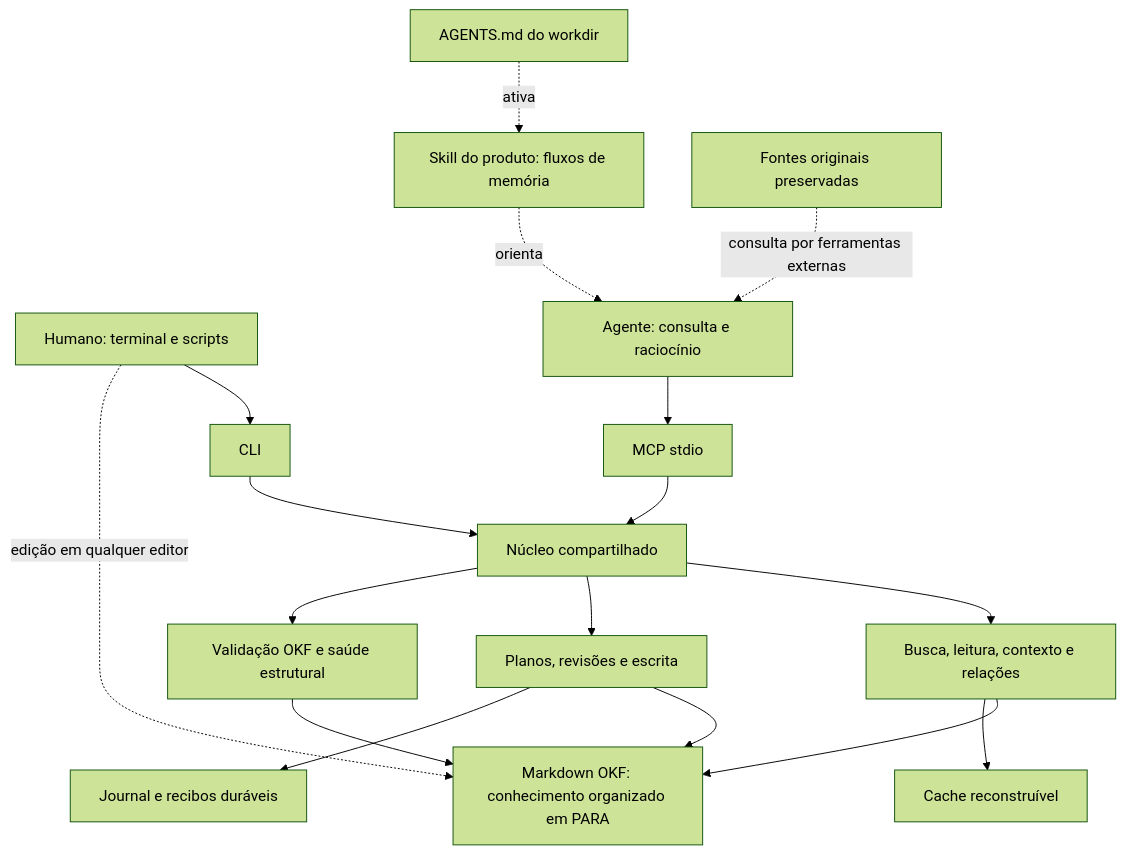
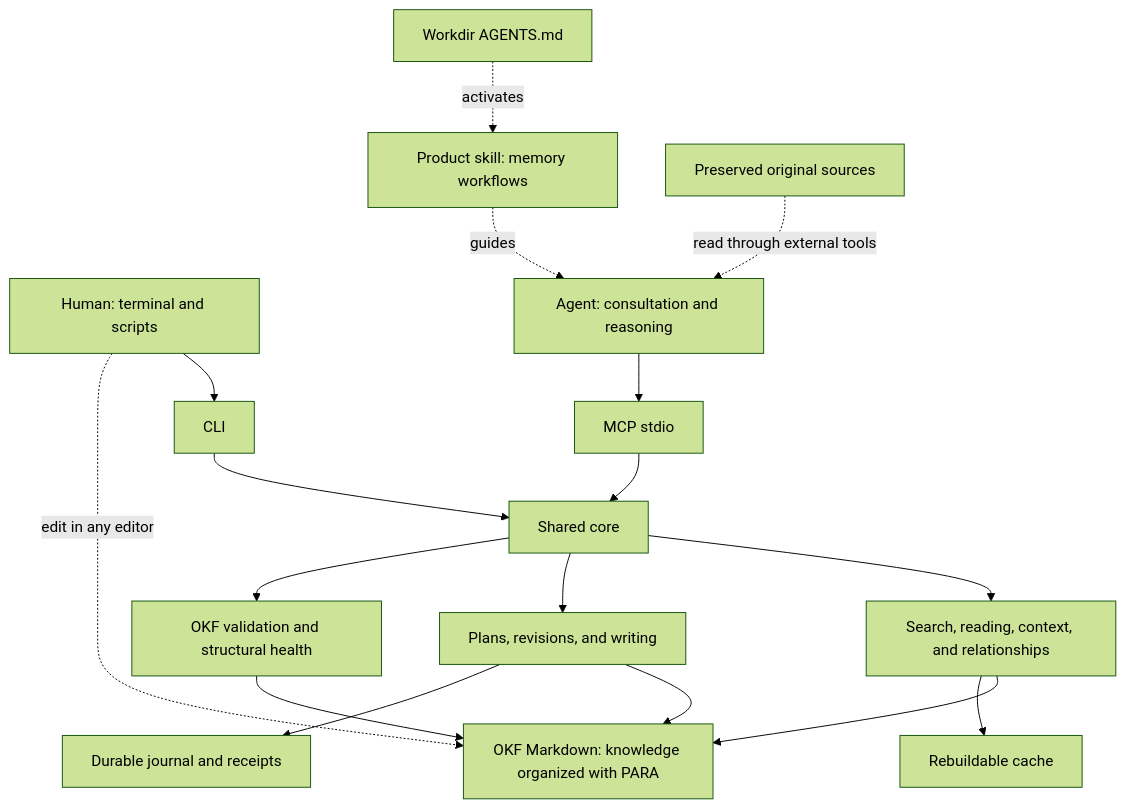
The first of 2 diagrams in docs/project-overview.md (matheus3301/kb), drawn with Mermaid (forest theme) before and after one commit. The commit also changed other lines of this file and 17 other files, not shown here.

````diff
--- a/docs/project-overview.md
+++ b/docs/project-overview.md
@@ -36,19 +41,19 @@
 ```mermaid
 flowchart TD
-    H[Humano: terminal e scripts] --> CLI[CLI]
-    A[Agente: consulta e raciocínio] --> MCP[MCP stdio]
-    I[AGENTS.md do workdir] -. ativa .-> SKILL[Skill do produto: fluxos de memória]
-    SKILL -. orienta .-> A
-    CLI --> CORE[Núcleo compartilhado]
+    H[Human: terminal and scripts] --> CLI[CLI]
+    A[Agent: consultation and reasoning] --> MCP[MCP stdio]
+    I[Workdir AGENTS.md] -. activates .-> SKILL[Product skill: memory workflows]
+    SKILL -. guides .-> A
+    CLI --> CORE[Shared core]
     MCP --> CORE
-    CORE --> READ[Busca, leitura, contexto e relações]
-    CORE --> WRITE[Planos, revisões e escrita]
-    CORE --> CHECK[Validação OKF e saúde estrutural]
-    READ --> KB[Markdown OKF: conhecimento organizado em PARA]
+    CORE --> READ[Search, reading, context, and relationships]
+    CORE --> WRITE[Plans, revisions, and writing]
+    CORE --> CHECK[OKF validation and structural health]
+    READ --> KB[OKF Markdown: knowledge organized with PARA]
     WRITE --> KB
     CHECK --> KB
-    READ --> CACHE[Cache reconstruível]
-    WRITE --> STATE[Journal e recibos duráveis]
-    RAW[Fontes originais preservadas] -. consulta por ferramentas externas .-> A
-    H -. edição em qualquer editor .-> KB
+    READ --> CACHE[Rebuildable cache]
+    WRITE --> STATE[Durable journal and receipts]
+    RAW[Preserved original sources] -. read through external tools .-> A
+    H -. edit in any editor .-> KB
 ```
````
